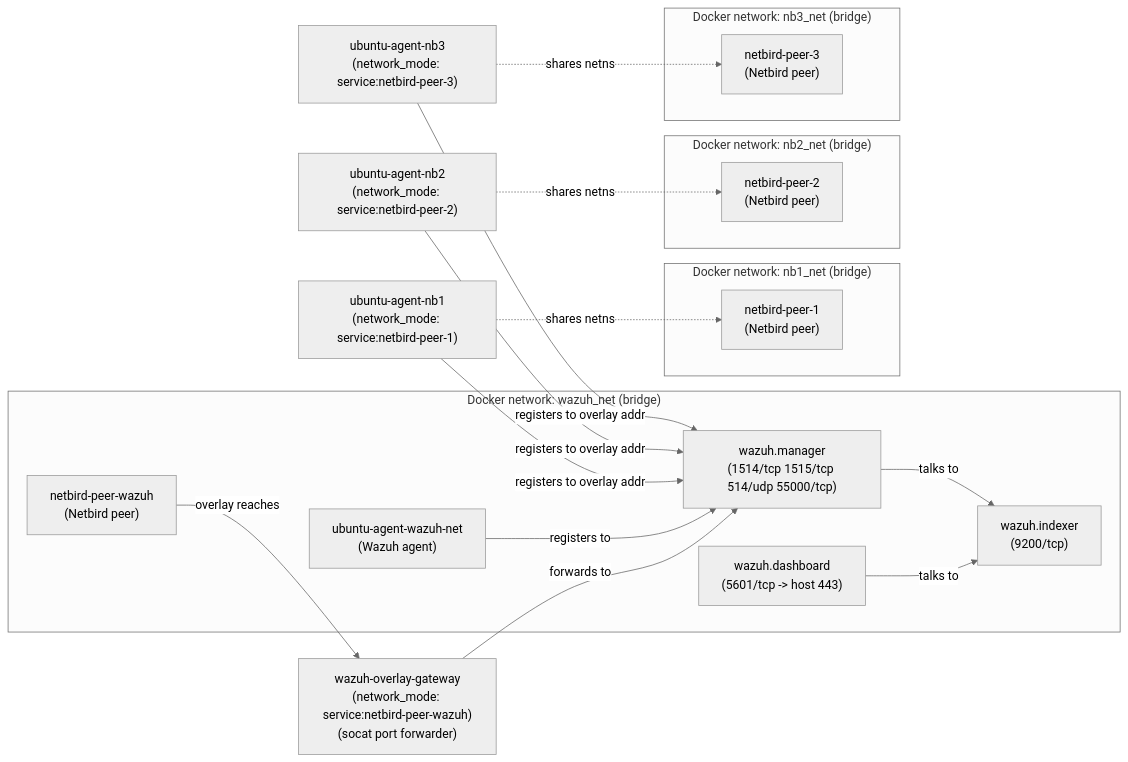
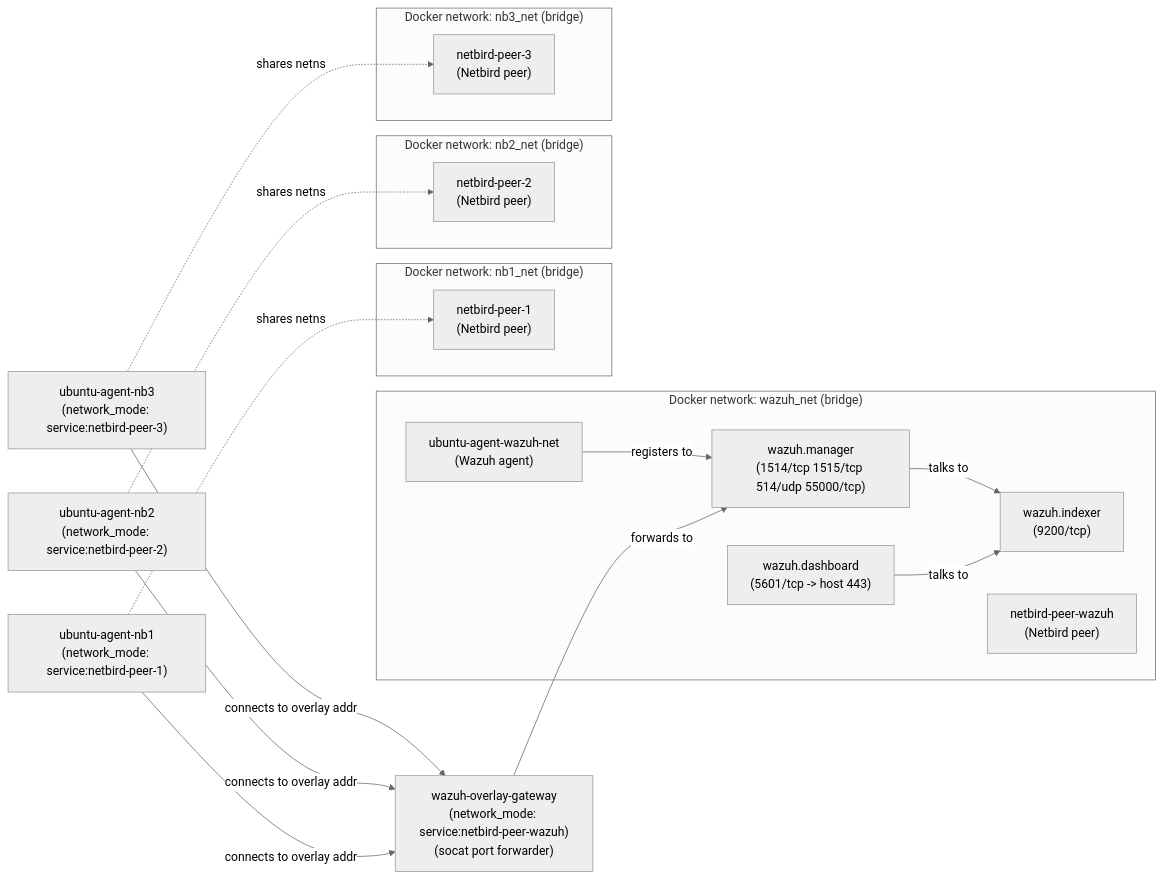
One commit to stephane-segning/wazuh-netbird changed the diagram in README.md. Above: the diagram before and after it, drawn with Mermaid (neutral theme). The commit also changed other lines of this file and 1 other file, not shown here.

````diff
--- a/README.md
+++ b/README.md
@@ -16,41 +16,40 @@
 ```mermaid
 flowchart LR
   %% Networks
   subgraph wazuh_net["Docker network: wazuh_net (bridge)"]
     M["wazuh.manager\n(1514/tcp 1515/tcp 514/udp 55000/tcp)"]
     I["wazuh.indexer\n(9200/tcp)"]
     D["wazuh.dashboard\n(5601/tcp -> host 443)"]
     NBW["netbird-peer-wazuh\n(Netbird peer)"]
     A0["ubuntu-agent-wazuh-net\n(Wazuh agent)"]
   end
 
   subgraph nb1_net["Docker network: nb1_net (bridge)"]
     NB1["netbird-peer-1\n(Netbird peer)"]
   end
   subgraph nb2_net["Docker network: nb2_net (bridge)"]
     NB2["netbird-peer-2\n(Netbird peer)"]
   end
   subgraph nb3_net["Docker network: nb3_net (bridge)"]
     NB3["netbird-peer-3\n(Netbird peer)"]
   end
 
   %% Containers that share peer network namespaces (network_mode: service:...)
   A1["ubuntu-agent-nb1\n(network_mode: service:netbird-peer-1)"]
   A2["ubuntu-agent-nb2\n(network_mode: service:netbird-peer-2)"]
   A3["ubuntu-agent-nb3\n(network_mode: service:netbird-peer-3)"]
   GW["wazuh-overlay-gateway\n(network_mode: service:netbird-peer-wazuh)\n(socat port forwarder)"]
 
   %% Logical relationships
   D -->|talks to| I
   M -->|talks to| I
-  NBW -->|overlay reaches| GW
   GW -->|forwards to| M
   A0 -->|registers to| M
 
   A1 -.->|shares netns| NB1
   A2 -.->|shares netns| NB2
   A3 -.->|shares netns| NB3
-  A1 -->|registers to overlay addr| M
-  A2 -->|registers to overlay addr| M
-  A3 -->|registers to overlay addr| M
+  A1 -->|connects to overlay addr| GW
+  A2 -->|connects to overlay addr| GW
+  A3 -->|connects to overlay addr| GW
 ```
````
